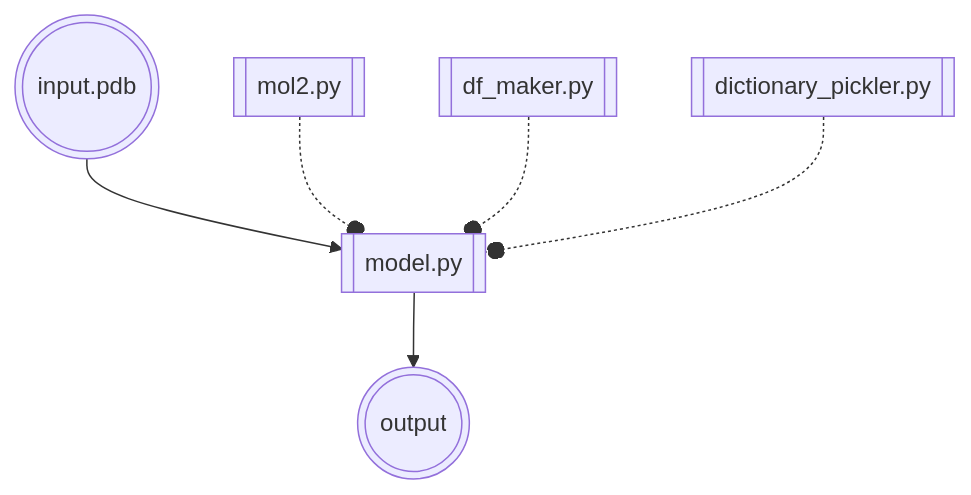
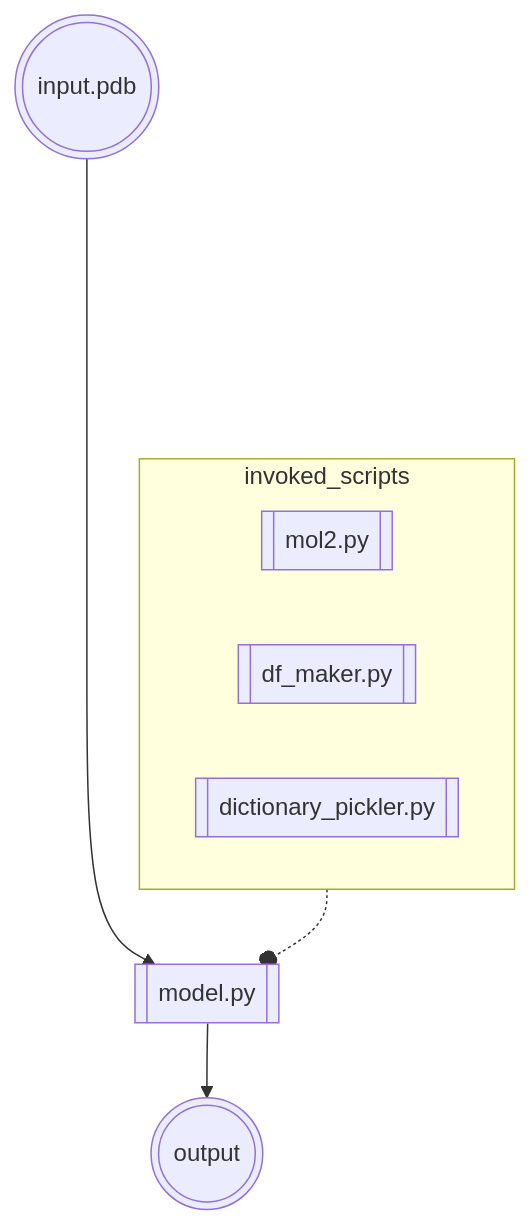
One commit to EduardoCantos1998/TrabajoFinalSBI-PYT changed the diagram in README.md. Above: the diagram before and after it, drawn with Mermaid. The commit also changed other lines of this file, not shown here.

Commit message:
added pickle section.

````diff
--- a/README.md
+++ b/README.md
@@ -51,8 +52,13 @@
 ```mermaid
 graph  TD
-A(((input.pdb))) --> B[[model.py]]
-C[[mol2.py]] -.-o B
-D[[df_maker.py]] -.-o B
-E[[dictionary_pickler.py]] -.-o B
+A(((input.pdb))) ------> B[[model.py]]
+subgraph invoked_scripts
+  direction LR
+  C[[mol2.py]]
+  D[[df_maker.py]]
+  E[[dictionary_pickler.py]]
+end
+
+invoked_scripts -.-o B
 B--> Z(((output)))
 ```
````
